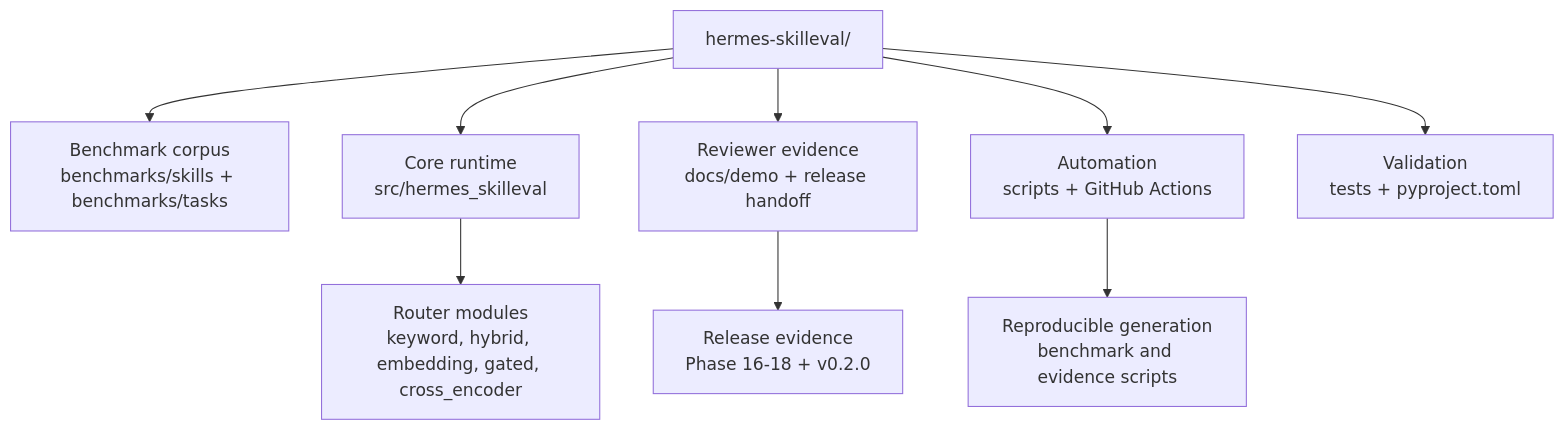
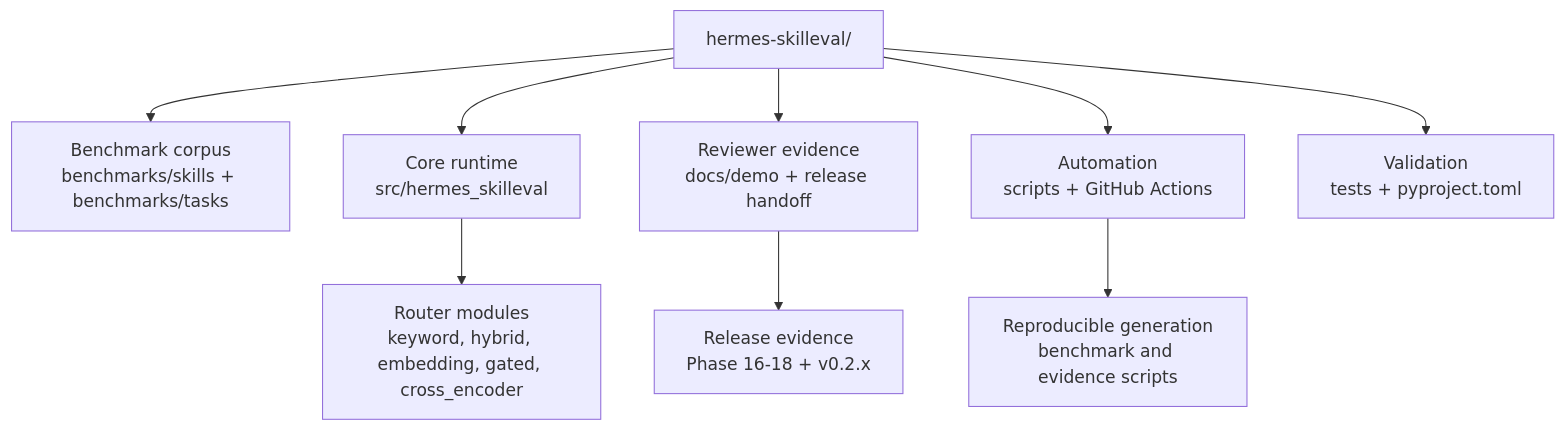
Before and after one commit to Raidriar7170/hermes-skilleval: the second of 2 diagrams in README.md, drawn with Mermaid. The commit also changed other lines of this file and 57 other files, not shown here.

````diff
--- a/README.md
+++ b/README.md
@@ -248,13 +211,13 @@
 ```mermaid
 flowchart TD
     repo["hermes-skilleval/"]
     repo --> corpus["Benchmark corpus<br/>benchmarks/skills + benchmarks/tasks"]
     repo --> runtime["Core runtime<br/>src/hermes_skilleval"]
     repo --> evidence["Reviewer evidence<br/>docs/demo + release handoff"]
     repo --> automation["Automation<br/>scripts + GitHub Actions"]
     repo --> validation["Validation<br/>tests + pyproject.toml"]
 
     runtime --> routers["Router modules<br/>keyword, hybrid, embedding, gated, cross_encoder"]
-    evidence --> release["Release evidence<br/>Phase 16-18 + v0.2.0"]
+    evidence --> release["Release evidence<br/>Phase 16-18 + v0.2.x"]
     automation --> regeneration["Reproducible generation<br/>benchmark and evidence scripts"]
 ```
````
